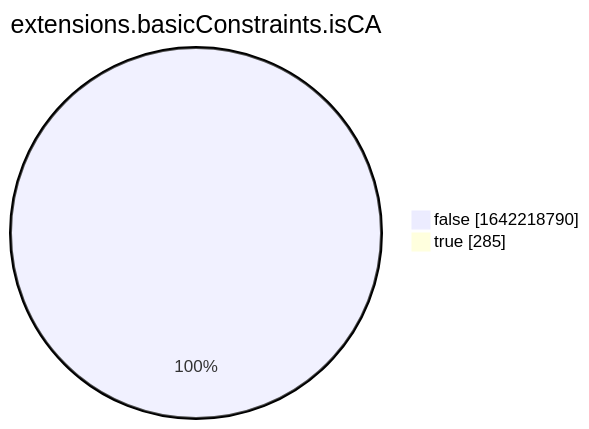
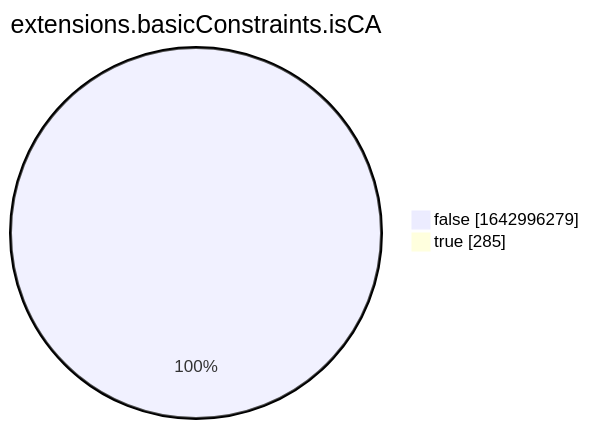
Before and after one commit to christiankrug/ctmonitor_visualization: the eighth of 15 diagrams in xenon2022/README.md, drawn with Mermaid. The commit also changed other lines of this file, not shown here.

````diff
--- a/xenon2022/README.md
+++ b/xenon2022/README.md
@@ -2863,6 +2863,6 @@
 ```mermaid
 pie showData
 title extensions.basicConstraints.isCA
-"false" :1642218790
+"false" :1642996279
 "true" :285
 ```
````
